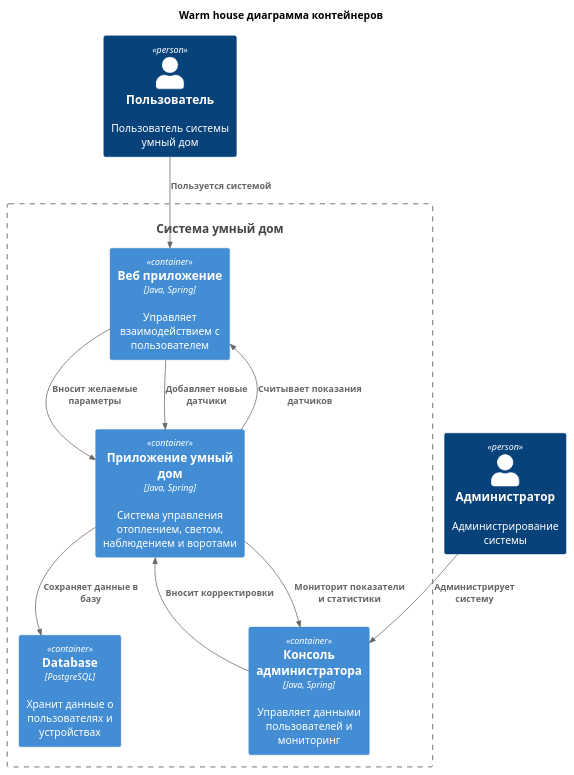
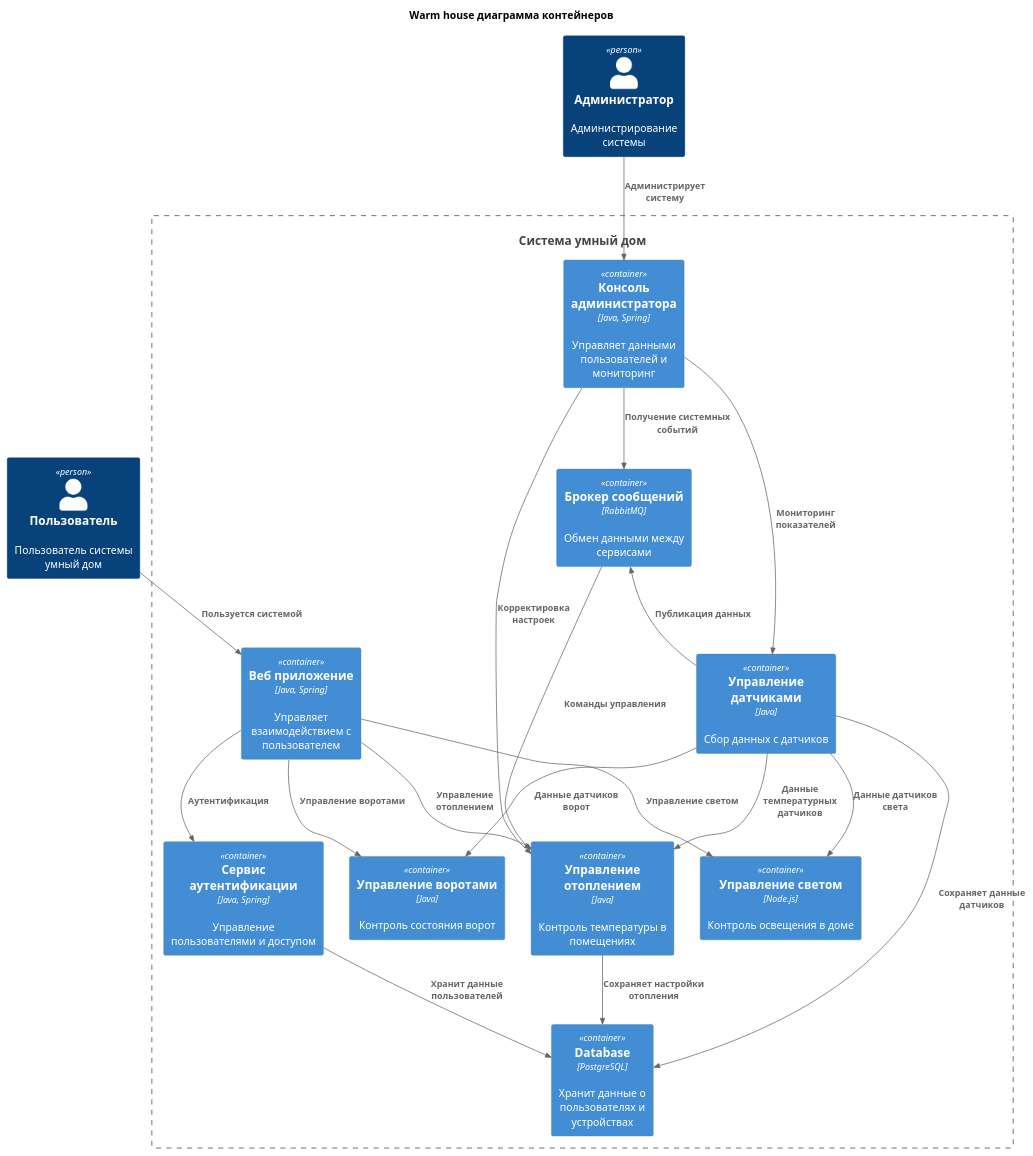
One commit to Sorfol/architecture-pro-warmhouse changed the diagram in diagrams/containers/warm_house_containers.puml. Above: the diagram before and after it, drawn with PlantUML.

Commit message:
change containers diagram

```diff
--- a/diagrams/containers/warm_house_containers.puml
+++ b/diagrams/containers/warm_house_containers.puml
@@ -1,27 +1,50 @@
 @startuml
 title Warm house диаграмма контейнеров
 
 top to bottom direction
 
 !include ../templates/C4_Component.puml
 
 Person(user, "Пользователь", "Пользователь системы умный дом")
 Person(admin, "Администратор", "Администрирование системы")
 
 System(WarmHouseSystem, "Система умный дом")
 Container_Boundary(WarmHouseSystem, "Система умный дом") {
   Container(WebApp, "Веб приложение", "Java, Spring", "Управляет взаимодействием с пользователем")
   Container(AdminConsole, "Консоль администратора", "Java, Spring", "Управляет данными пользователей и мониторинг")
-  Container(WarmHouseApp, "Приложение умный дом", "Java, Spring", "Система управления отоплением, светом, наблюдением и воротами")
+
+
+  Container(AuthService, "Сервис аутентификации", "Java, Spring", "Управление пользователями и доступом")
+  Container(GateService, "Управление воротами", "Java", "Контроль состояния ворот")
+  Container(LightService, "Управление светом", "Node.js", "Контроль освещения в доме")
+  Container(HeatingService, "Управление отоплением", "Java", "Контроль температуры в помещениях")
+  Container(SensorService, "Управление датчиками", "Java", "Сбор данных с датчиков")
+
   Container(Database, "Database", "PostgreSQL", "Хранит данные о пользователях и устройствах")
+  Container(MessageBroker, "Брокер сообщений", "RabbitMQ", "Обмен данными между сервисами")
 }
 
 Rel(user, WebApp, "Пользуется системой")
 Rel(admin,AdminConsole,"Администрирует систему")
-Rel(WebApp,WarmHouseApp,"Вносит желаемые параметры")
-Rel(WarmHouseApp,WebApp,"Считывает показания датчиков")
-Rel(WebApp,WarmHouseApp,"Добавляет новые датчики")
-Rel(WarmHouseApp,AdminConsole,"Мониторит показатели и статистики")
-Rel(AdminConsole,WarmHouseApp,"Вносит корректировки")
-Rel(WarmHouseApp,Database,"Сохраняет данные в базу")
+
+Rel(WebApp, AuthService, "Аутентификация")
+Rel(AuthService, Database, "Хранит данные пользователей")
+
+Rel(WebApp, GateService, "Управление воротами")
+Rel(WebApp, LightService, "Управление светом")
+Rel(WebApp, HeatingService, "Управление отоплением")
+
+Rel(SensorService, GateService, "Данные датчиков ворот")
+Rel(SensorService, LightService, "Данные датчиков света")
+Rel(SensorService, HeatingService, "Данные температурных датчиков")
+
+Rel(SensorService, Database, "Сохраняет данные датчиков")
+Rel(HeatingService, Database, "Сохраняет настройки отопления")
+
+Rel(AdminConsole, SensorService, "Мониторинг показателей")
+Rel(AdminConsole, HeatingService, "Корректировка настроек")
+Rel(AdminConsole, MessageBroker, "Получение системных событий")
+
+Rel_Back(MessageBroker, SensorService, "Публикация данных")
+Rel(MessageBroker, HeatingService, "Команды управления")
 @enduml
```
